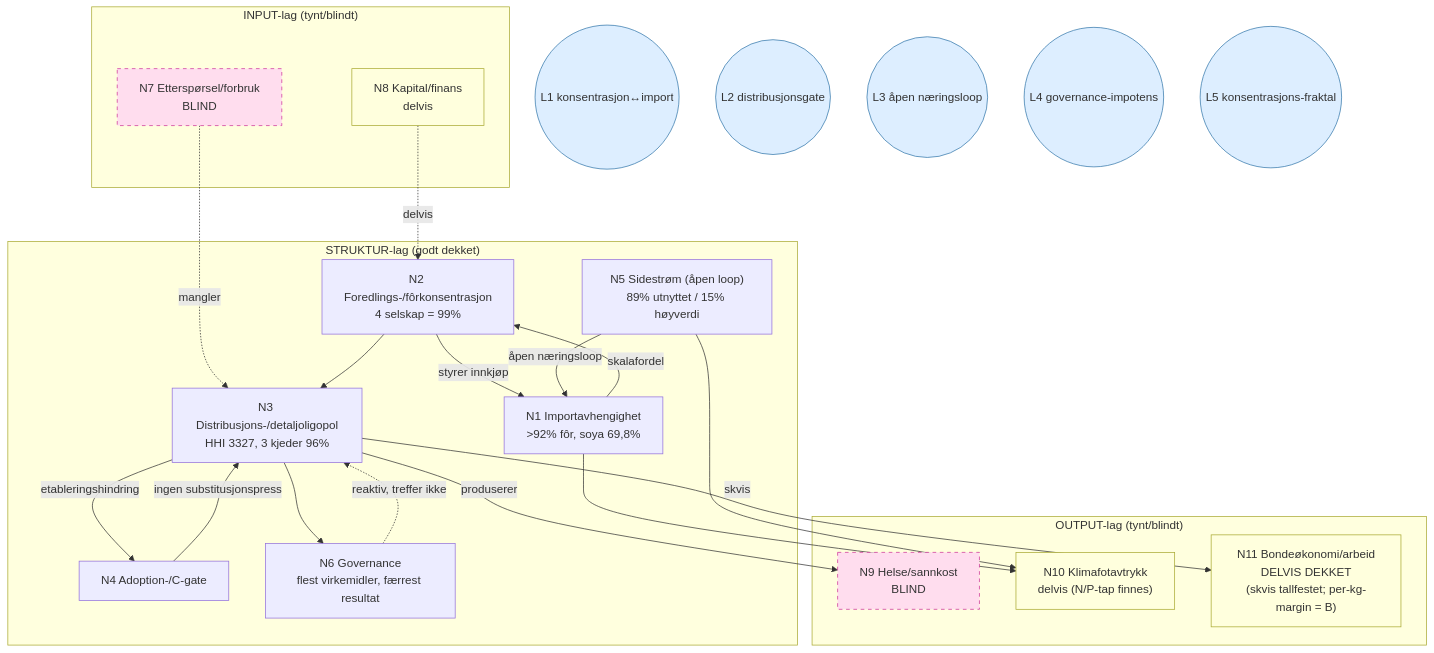
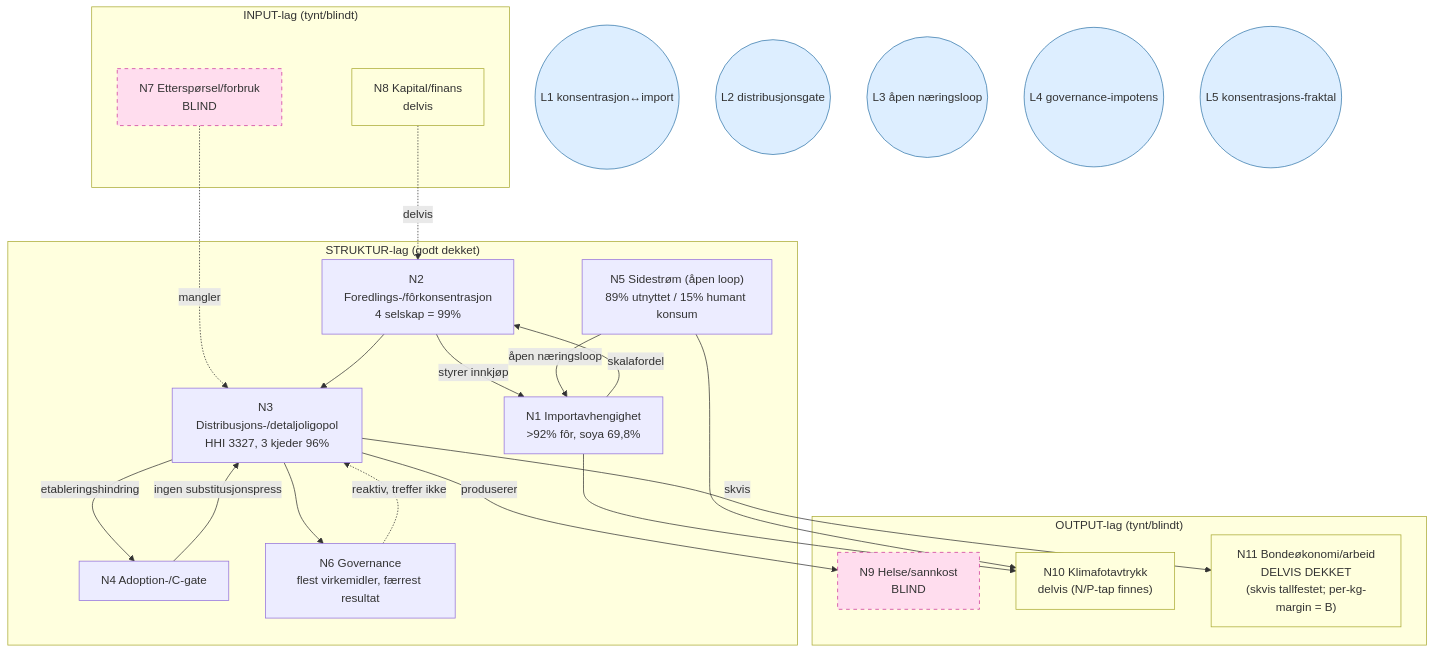
Before and after one commit to justaride/food-systems-2026: the diagram in docs/project/analysis/food-tg-systemmodell-integrert-2026-06-18.md, drawn with Mermaid. The commit also changed other lines of this file and 5 other files, not shown here.

````diff
--- a/docs/project/analysis/food-tg-systemmodell-integrert-2026-06-18.md
+++ b/docs/project/analysis/food-tg-systemmodell-integrert-2026-06-18.md
@@ -71,47 +72,47 @@
 ```mermaid
 flowchart TB
   subgraph INPUT["INPUT-lag (tynt/blindt)"]
     N7["N7 Etterspørsel/forbruk<br/>BLIND"]:::blind
     N8["N8 Kapital/finans<br/>delvis"]:::partial
   end
 
   subgraph STRUKTUR["STRUKTUR-lag (godt dekket)"]
     N1["N1 Importavhengighet<br/>>92% fôr, soya 69,8%"]
     N2["N2 Foredlings-/fôrkonsentrasjon<br/>4 selskap = 99%"]
     N3["N3 Distribusjons-/detaljoligopol<br/>HHI 3327, 3 kjeder 96%"]
     N4["N4 Adoption-/C-gate"]
-    N5["N5 Sidestrøm (åpen loop)<br/>89% utnyttet / 15% høyverdi"]
+    N5["N5 Sidestrøm (åpen loop)<br/>89% utnyttet / 15% humant konsum"]
     N6["N6 Governance<br/>flest virkemidler, færrest resultat"]
   end
 
   subgraph OUTPUT["OUTPUT-lag (tynt/blindt)"]
     N9["N9 Helse/sannkost<br/>BLIND"]:::blind
     N10["N10 Klimafotavtrykk<br/>delvis (N/P-tap finnes)"]:::partial
     N11["N11 Bondeøkonomi/arbeid<br/>DELVIS DEKKET<br/>(skvis tallfestet; per-kg-margin = B)"]:::partial
   end
 
   N7 -.mangler.-> N3
   N8 -.delvis.-> N2
   N2 -- styrer innkjøp --> N1
   N1 -- skalafordel --> N2
   N2 --> N3
   N3 -- etableringshindring --> N4
   N4 -- ingen substitusjonspress --> N3
   N5 -- åpen næringsloop --> N1
   N3 --> N6
   N6 -. reaktiv, treffer ikke .-> N3
   N3 -- produserer --> N9
   N1 --> N10
   N5 --> N10
   N3 -- skvis --> N11
 
   L1(("L1 konsentrasjon↔import")):::loop
   L2(("L2 distribusjonsgate")):::loop
   L3(("L3 åpen næringsloop")):::loop
   L4(("L4 governance-impotens")):::loop
   L5(("L5 konsentrasjons-fraktal")):::loop
 
   classDef blind fill:#fde,stroke:#c39,stroke-dasharray:5 5;
   classDef partial fill:#ffd,stroke:#aa3;
   classDef loop fill:#def,stroke:#37a;
 ```
````
